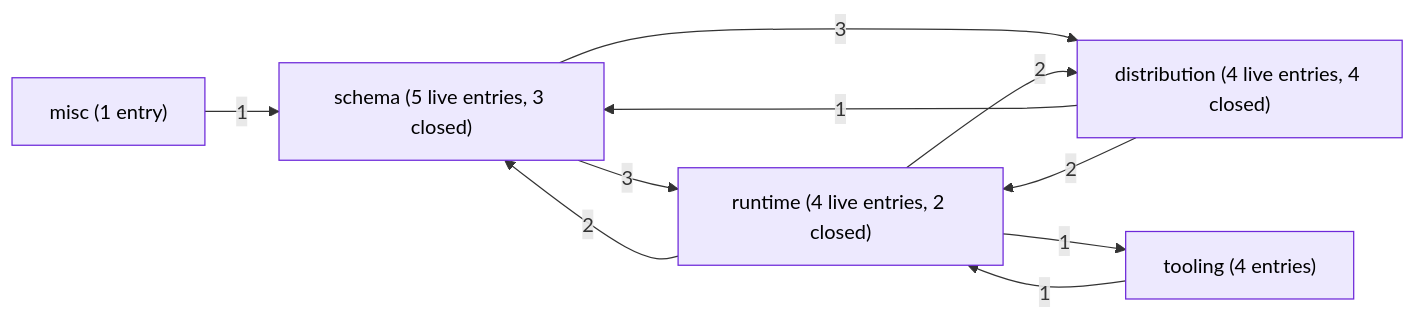
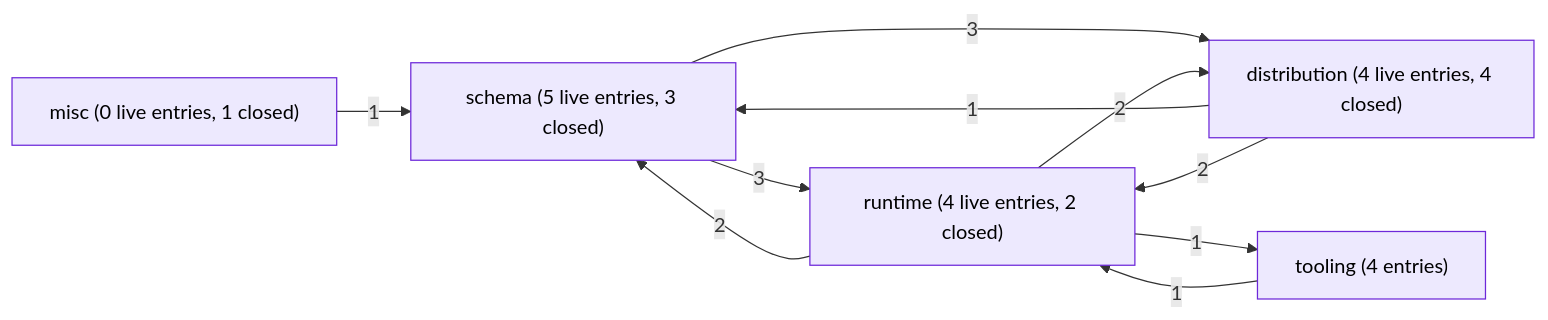
Before and after one commit to open-platform-model/enhancements: the first of 6 diagrams in GRAPH.md, drawn with Mermaid. The commit also changed other lines of this file and 22 other files, not shown here.

````diff
--- a/GRAPH.md
+++ b/GRAPH.md
@@ -18,27 +18,27 @@
 ```mermaid
 graph LR
   classDef draft       fill:#fef3c7,stroke:#b45309,color:#000
   classDef accepted    fill:#dbeafe,stroke:#1d4ed8,color:#000
   classDef rejected    fill:#fee2e2,stroke:#b91c1c,color:#7f1d1d,stroke-dasharray:4 2
   classDef superseded  fill:#e5e7eb,stroke:#6b7280,color:#6b7280
   classDef delivered   fill:#dcfce7,stroke:#15803d,color:#14532d
   classDef legacy      fill:#fafafa,stroke:#9ca3af,color:#6b7280,stroke-dasharray:3 3
   classDef stub        fill:#f3f4f6,stroke:#9ca3af,color:#374151
   classDef category    fill:#ede9fe,stroke:#6d28d9,color:#000
 
   Cschema["schema (5 live entries, 3 closed)"]:::category
   Cruntime["runtime (4 live entries, 2 closed)"]:::category
   Cdistribution["distribution (4 live entries, 4 closed)"]:::category
   Ctooling["tooling (4 entries)"]:::category
-  Cmisc["misc (1 entry)"]:::category
+  Cmisc["misc (0 live entries, 1 closed)"]:::category
 
   Cschema -->|3| Cruntime
   Cschema -->|3| Cdistribution
   Cruntime -->|2| Cschema
   Cruntime -->|2| Cdistribution
   Cruntime -->|1| Ctooling
   Cdistribution -->|1| Cschema
   Cdistribution -->|2| Cruntime
   Ctooling -->|1| Cruntime
   Cmisc -->|1| Cschema
 ```
````
